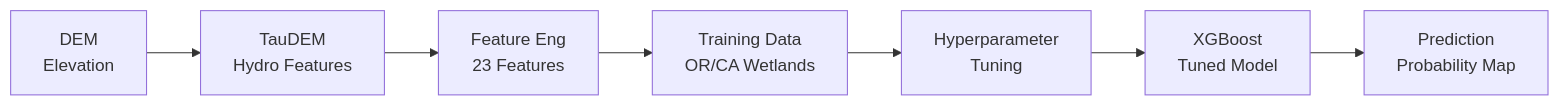
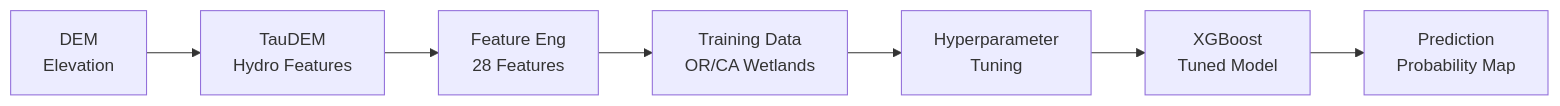
One commit to RaiderSoft/Lost-Meadows changed the diagram in README.md. Above: the diagram before and after it, drawn with Mermaid. The commit also changed other lines of this file and 7 other files, not shown here.

````diff
--- a/README.md
+++ b/README.md
@@ -68,9 +70,9 @@
 ```mermaid
 graph LR
     A[DEM<br/>Elevation] --> B[TauDEM<br/>Hydro Features]
-    B --> C[Feature Eng<br/>23 Features]
+    B --> C[Feature Eng<br/>28 Features]
     C --> D[Training Data<br/>OR/CA Wetlands]
     D --> E[Hyperparameter<br/>Tuning]
     E --> F[XGBoost<br/>Tuned Model]
     F --> G[Prediction<br/>Probability Map]
 ```
````
